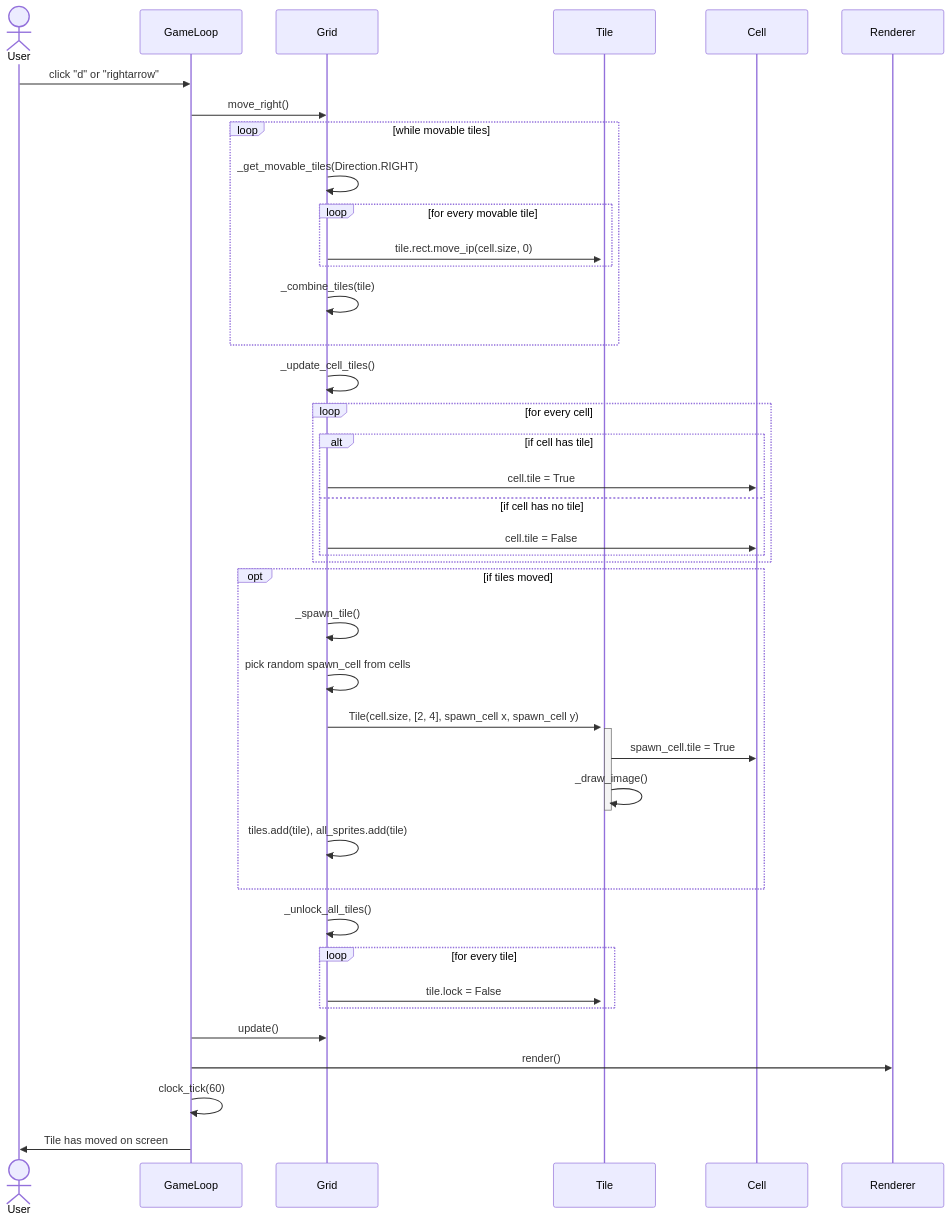
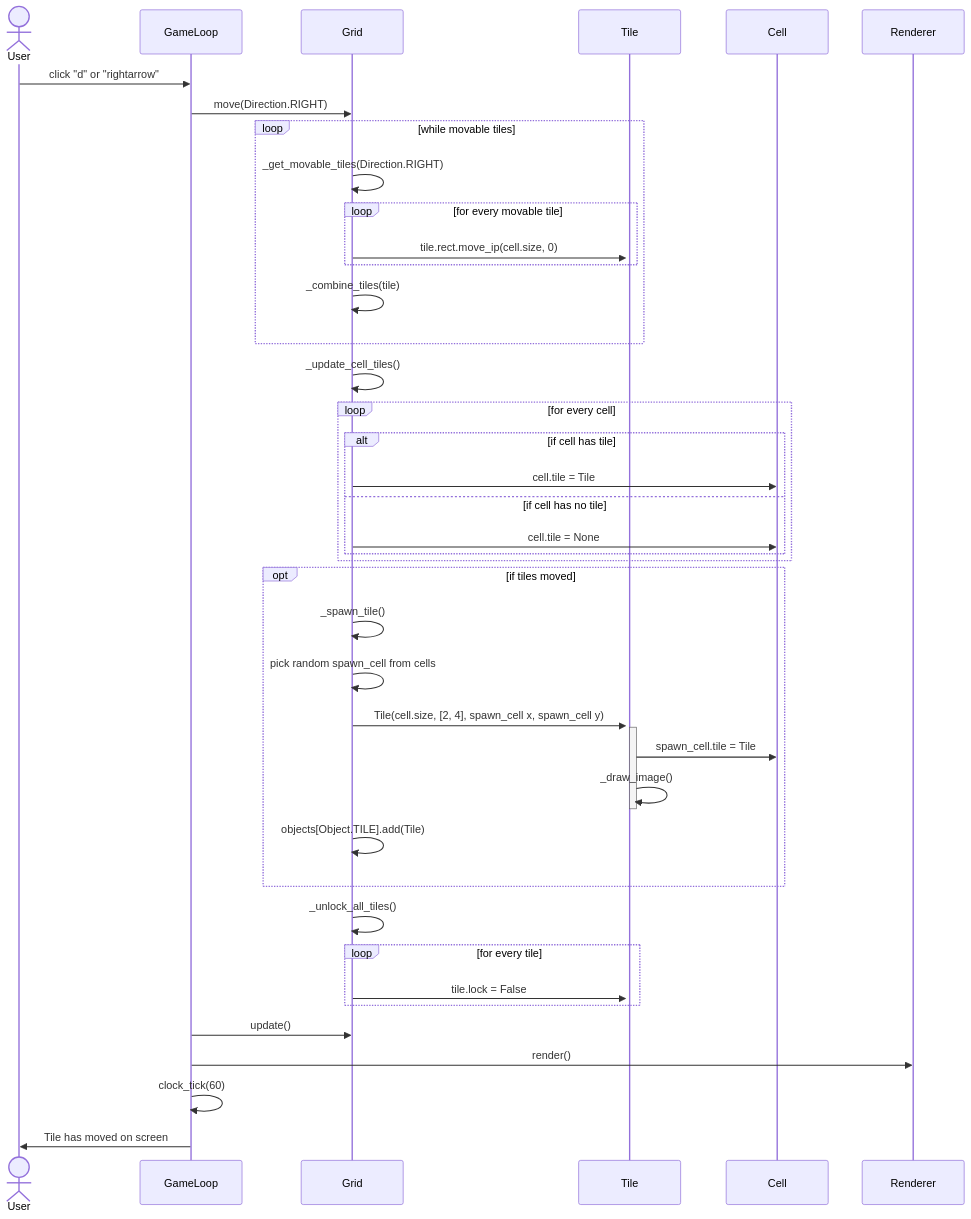
The second of 4 diagrams in 2048/dokumentaatio/arkkitehtuuri.md (user34911/ot-harjoitustyo), drawn with Mermaid before and after one commit. The commit also changed other lines of this file, not shown here.

First line of the commit message:
Enhance game start and end documentation

````diff
--- a/2048/dokumentaatio/arkkitehtuuri.md
+++ b/2048/dokumentaatio/arkkitehtuuri.md
@@ -52,40 +57,40 @@
 ```mermaid
 sequenceDiagram
   actor User
   participant GameLoop
   participant Grid
   User->>GameLoop: click "d" or "rightarrow"
-  GameLoop->>Grid: move_right()
+  GameLoop->>Grid: move(Direction.RIGHT)
   loop while movable tiles
   Grid->>Grid: _get_movable_tiles(Direction.RIGHT)
   loop for every movable tile
   Grid->>+Tile: tile.rect.move_ip(cell.size, 0)
   end
   Grid->>Grid: _combine_tiles(tile)
   end
   Grid->>Grid: _update_cell_tiles()
   loop for every cell
   alt if cell has tile
-    Grid->>Cell: cell.tile = True
+    Grid->>Cell: cell.tile = Tile
   else if cell has no tile
-    Grid->>Cell: cell.tile = False
+    Grid->>Cell: cell.tile = None
   end
   end
   opt if tiles moved
   Grid->>Grid: _spawn_tile()
   Grid->>Grid: pick random spawn_cell from cells
   Grid->>+Tile: Tile(cell.size, [2, 4], spawn_cell x, spawn_cell y)
-  Tile->>Cell: spawn_cell.tile = True
+  Tile->>Cell: spawn_cell.tile = Tile
   Tile->>-Tile: _draw_image()
-  Grid->>Grid: tiles.add(tile), all_sprites.add(tile)
+  Grid->>Grid: objects[Object.TILE].add(Tile)
   end
   Grid->>Grid: _unlock_all_tiles()
   loop for every tile
   Grid->>Tile: tile.lock = False
   end
   GameLoop->>Grid: update()
   participant Renderer
   GameLoop->>Renderer: render()
   GameLoop->>GameLoop: clock_tick(60)
   GameLoop->>User: Tile has moved on screen
   ```
````
